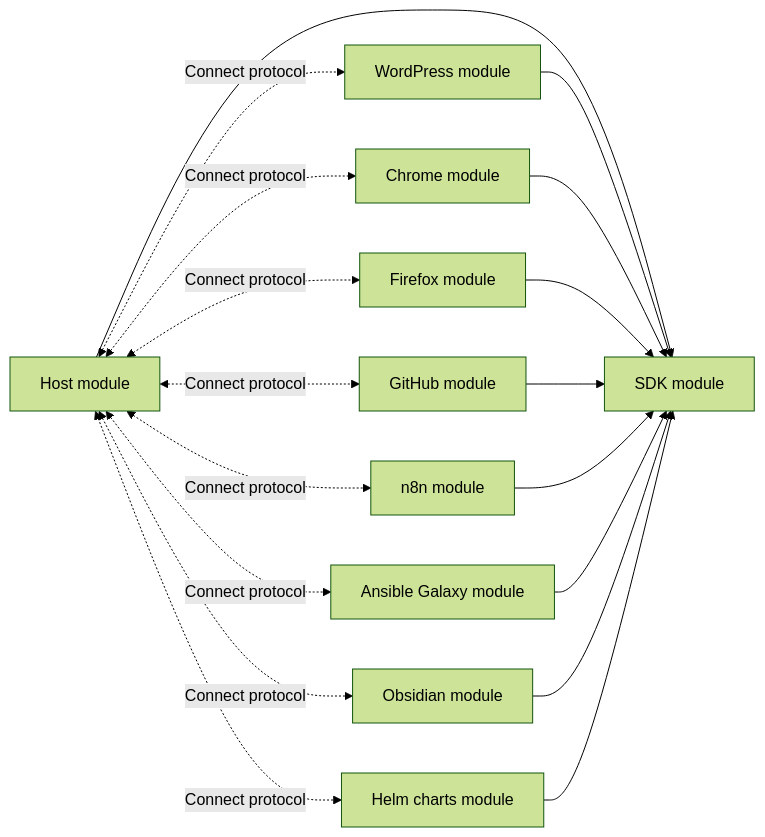
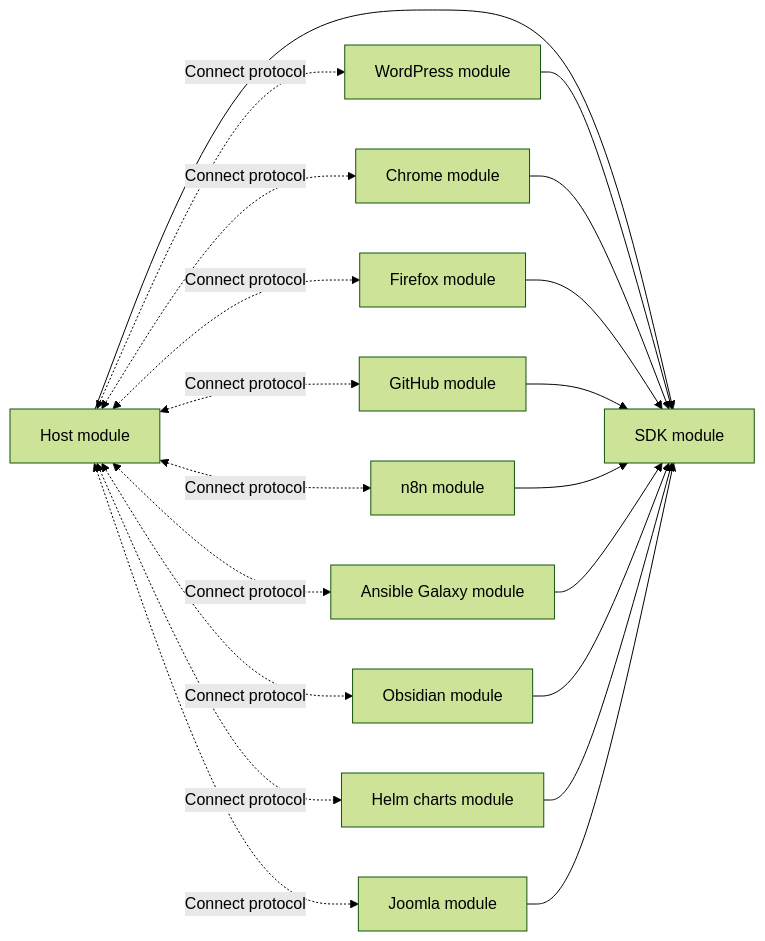
One commit to rezen/dug changed the diagram in docs/monorepo.md. Above: the diagram before and after it, drawn with Mermaid (forest theme). The commit also changed other lines of this file and 18 other files, not shown here.

````diff
--- a/docs/monorepo.md
+++ b/docs/monorepo.md
@@ -21,20 +22,22 @@
 ```mermaid
 flowchart LR
     Host[Host module] --> SDK[SDK module]
     WP[WordPress module] --> SDK
     Chrome[Chrome module] --> SDK
     Firefox[Firefox module] --> SDK
     GitHub[GitHub module] --> SDK
     N8N[n8n module] --> SDK
     AnsibleGalaxy[Ansible Galaxy module] --> SDK
     Obsidian[Obsidian module] --> SDK
     Helmcharts[Helm charts module] --> SDK
+    Joomla[Joomla module] --> SDK
     Host <-. Connect protocol .-> WP
     Host <-. Connect protocol .-> Chrome
     Host <-. Connect protocol .-> Firefox
     Host <-. Connect protocol .-> GitHub
     Host <-. Connect protocol .-> N8N
     Host <-. Connect protocol .-> AnsibleGalaxy
     Host <-. Connect protocol .-> Obsidian
     Host <-. Connect protocol .-> Helmcharts
+    Host <-. Connect protocol .-> Joomla
 ```
````
